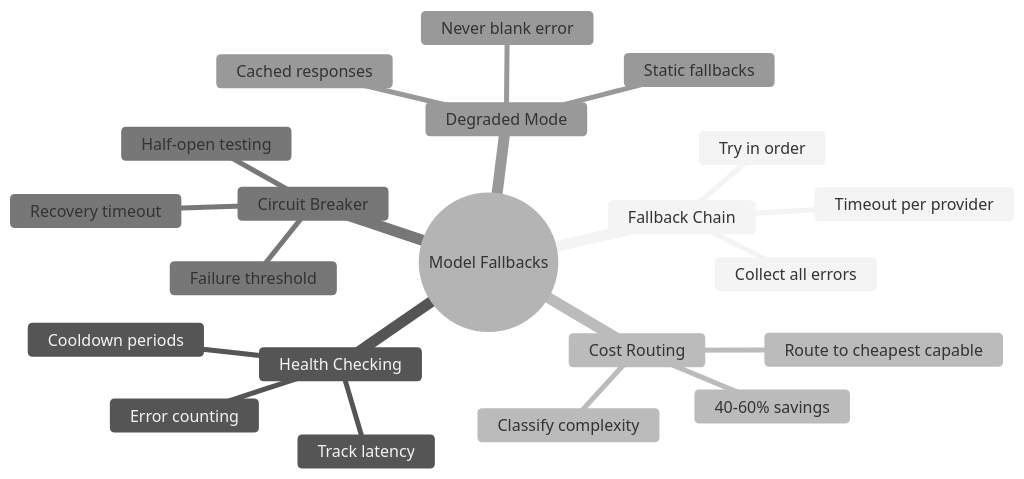
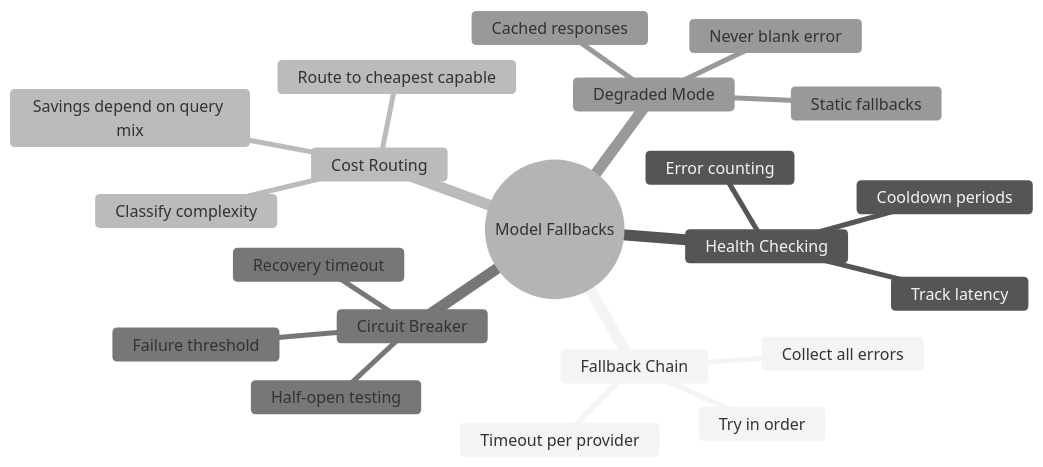
The third of 3 diagrams in Phase_7_Production_Deployment/Day_092_model_fallback_strategies/model_fallback_strategies.md (akshkr/akashnotes), drawn with Mermaid (neutral theme) before and after one commit. The commit also changed other lines of this file and 95 other files, not shown here.

````diff
--- a/Phase_7_Production_Deployment/Day_092_model_fallback_strategies/model_fallback_strategies.md
+++ b/Phase_7_Production_Deployment/Day_092_model_fallback_strategies/model_fallback_strategies.md
@@ -413,24 +422,24 @@
 ```mermaid
 mindmap
   root((Model Fallbacks))
     Fallback Chain
       Try in order
       Timeout per provider
       Collect all errors
     Health Checking
       Track latency
       Error counting
       Cooldown periods
     Cost Routing
       Classify complexity
       Route to cheapest capable
-      40-60% savings
+      Savings depend on query mix
     Circuit Breaker
       Failure threshold
       Recovery timeout
       Half-open testing
     Degraded Mode
       Cached responses
       Static fallbacks
       Never blank error
 ```
````
